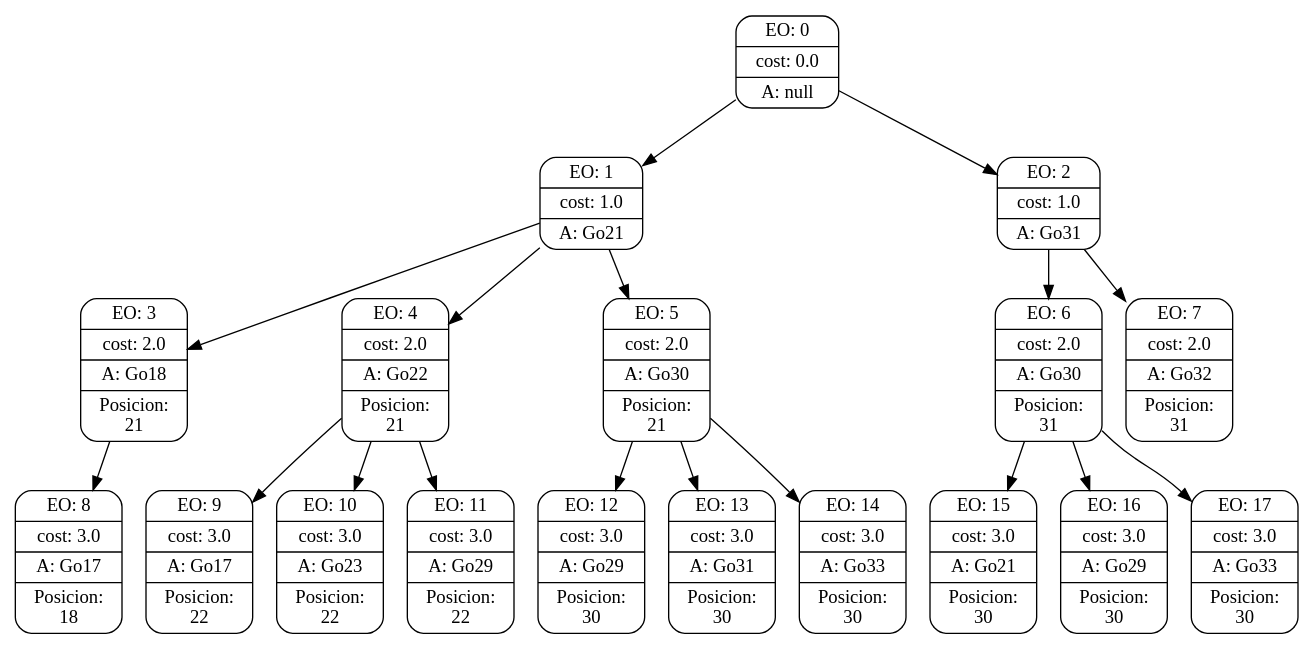
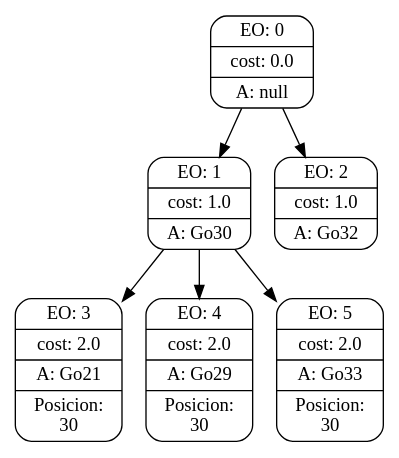
One commit to lniklison/TP-Inteligencia-artificial changed the diagram in searchGVTrees/9.dot. Above: the diagram before and after it, drawn with Graphviz. The commit also changed 19 other files, not shown here.

```diff
--- a/searchGVTrees/9.dot
+++ b/searchGVTrees/9.dot
@@ -1,57 +1,21 @@
 digraph g {
 node [shape = Mrecord];
 nodo0[label="{EO: 0|cost: 0.0|A: null}"]
-nodo1[label="{EO: 1|cost: 1.0|A: Go21}"]
-nodo3[label="{EO: 3|cost: 2.0|A: Go18|Posicion:\n21}"]
-nodo8[label="{EO: 8|cost: 3.0|A: Go17|Posicion:\n18}"]
-
-nodo3 -> nodo8;
+nodo1[label="{EO: 1|cost: 1.0|A: Go30}"]
+nodo3[label="{EO: 3|cost: 2.0|A: Go21|Posicion:\n30}"]
 
 nodo1 -> nodo3;
-nodo4[label="{EO: 4|cost: 2.0|A: Go22|Posicion:\n21}"]
-nodo9[label="{EO: 9|cost: 3.0|A: Go17|Posicion:\n22}"]
-
-nodo4 -> nodo9;
-nodo10[label="{EO: 10|cost: 3.0|A: Go23|Posicion:\n22}"]
-
-nodo4 -> nodo10;
-nodo11[label="{EO: 11|cost: 3.0|A: Go29|Posicion:\n22}"]
-
-nodo4 -> nodo11;
+nodo4[label="{EO: 4|cost: 2.0|A: Go29|Posicion:\n30}"]
 
 nodo1 -> nodo4;
-nodo5[label="{EO: 5|cost: 2.0|A: Go30|Posicion:\n21}"]
-nodo12[label="{EO: 12|cost: 3.0|A: Go29|Posicion:\n30}"]
-
-nodo5 -> nodo12;
-nodo13[label="{EO: 13|cost: 3.0|A: Go31|Posicion:\n30}"]
-
-nodo5 -> nodo13;
-nodo14[label="{EO: 14|cost: 3.0|A: Go33|Posicion:\n30}"]
-
-nodo5 -> nodo14;
+nodo5[label="{EO: 5|cost: 2.0|A: Go33|Posicion:\n30}"]
 
 nodo1 -> nodo5;
 
 nodo0 -> nodo1;
-nodo2[label="{EO: 2|cost: 1.0|A: Go31}"]
-nodo6[label="{EO: 6|cost: 2.0|A: Go30|Posicion:\n31}"]
-nodo15[label="{EO: 15|cost: 3.0|A: Go21|Posicion:\n30}"]
-
-nodo6 -> nodo15;
-nodo16[label="{EO: 16|cost: 3.0|A: Go29|Posicion:\n30}"]
-
-nodo6 -> nodo16;
-nodo17[label="{EO: 17|cost: 3.0|A: Go33|Posicion:\n30}"]
-
-nodo6 -> nodo17;
-
-nodo2 -> nodo6;
-nodo7[label="{EO: 7|cost: 2.0|A: Go32|Posicion:\n31}"]
-
-nodo2 -> nodo7;
+nodo2[label="{EO: 2|cost: 1.0|A: Go32}"]
 
 nodo0 -> nodo2;
 
 
 }
```
